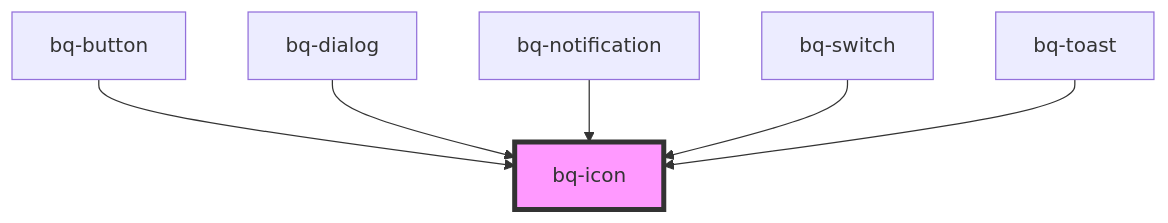
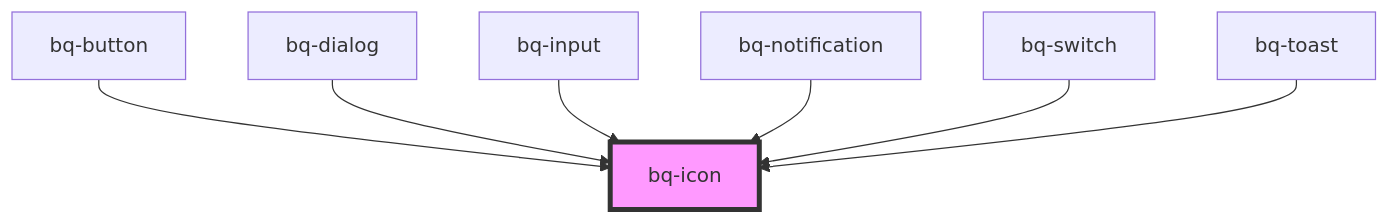
The diagram in packages/bee-q/src/components/icon/readme.md (Endava/BEEQ), drawn with Mermaid before and after one commit. The commit also changed other lines of this file and 4 other files, not shown here.

````diff
--- a/packages/bee-q/src/components/icon/readme.md
+++ b/packages/bee-q/src/components/icon/readme.md
@@ -46,9 +47,10 @@
 ```mermaid
 graph TD;
   bq-button --> bq-icon
   bq-dialog --> bq-icon
+  bq-input --> bq-icon
   bq-notification --> bq-icon
   bq-switch --> bq-icon
   bq-toast --> bq-icon
   style bq-icon fill:#f9f,stroke:#333,stroke-width:4px
 ```
````
